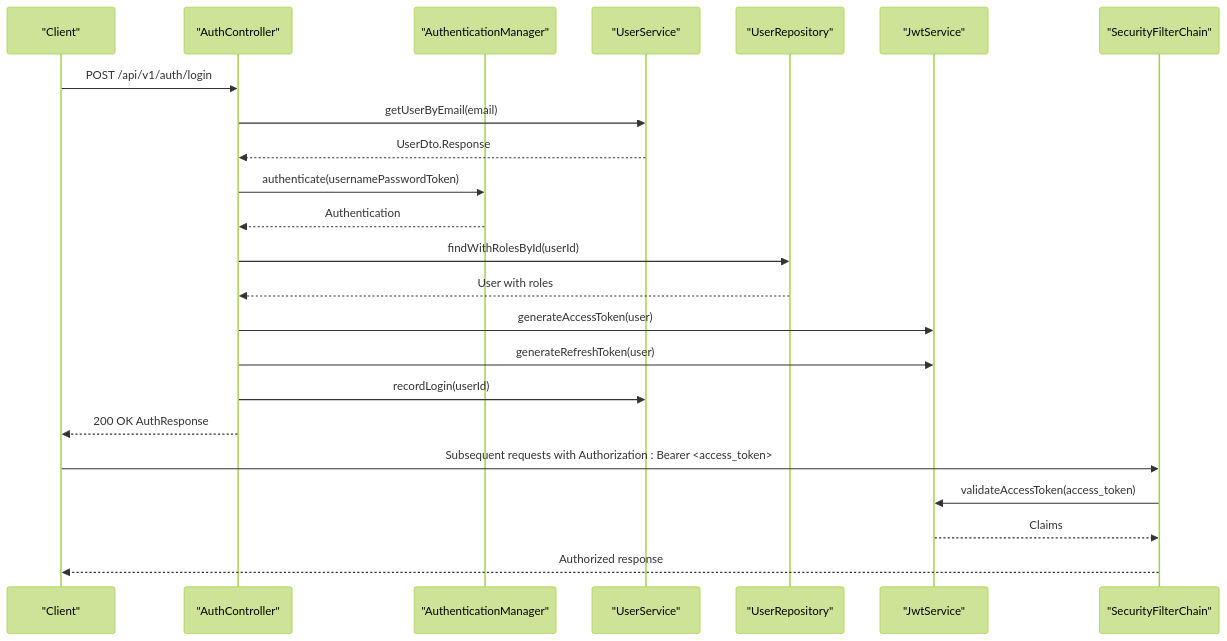
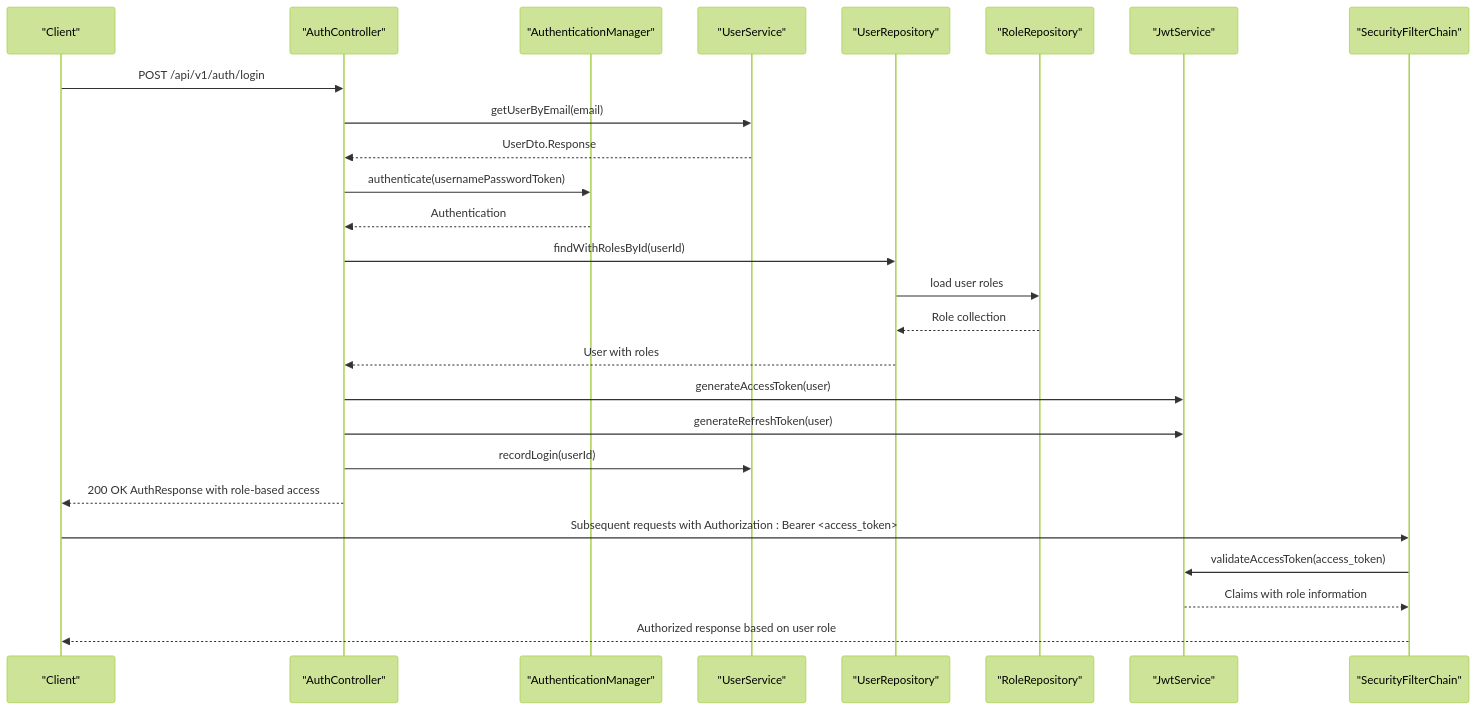
One commit to Vostrikov2014/vks-qoder changed the second of 6 diagrams in .qoder/repowiki/en/content/Backend Modules/API Layer/Authentication Controller.md. Above: the diagram before and after it, drawn with Mermaid (forest theme). The commit also changed other lines of this file and 11 other files, not shown here.

````diff
--- a/.qoder/repowiki/en/content/Backend Modules/API Layer/Authentication Controller.md
+++ b/.qoder/repowiki/en/content/Backend Modules/API Layer/Authentication Controller.md
@@ -96,25 +109,28 @@
 ```mermaid
 sequenceDiagram
 participant Client as "Client"
 participant API as "AuthController"
 participant AM as "AuthenticationManager"
 participant US as "UserService"
 participant UR as "UserRepository"
+participant RL as "RoleRepository"
 participant JS as "JwtService"
 participant SEC as "SecurityFilterChain"
 Client->>API : POST /api/v1/auth/login
 API->>US : getUserByEmail(email)
 US-->>API : UserDto.Response
 API->>AM : authenticate(usernamePasswordToken)
 AM-->>API : Authentication
 API->>UR : findWithRolesById(userId)
+UR->>RL : load user roles
+RL-->>UR : Role collection
 UR-->>API : User with roles
 API->>JS : generateAccessToken(user)
 API->>JS : generateRefreshToken(user)
 API->>US : recordLogin(userId)
-API-->>Client : 200 OK AuthResponse
+API-->>Client : 200 OK AuthResponse with role-based access
 Client->>SEC : Subsequent requests with Authorization : Bearer <access_token>
 SEC->>JS : validateAccessToken(access_token)
-JS-->>SEC : Claims
-SEC-->>Client : Authorized response
+JS-->>SEC : Claims with role information
+SEC-->>Client : Authorized response based on user role
 ```
````
